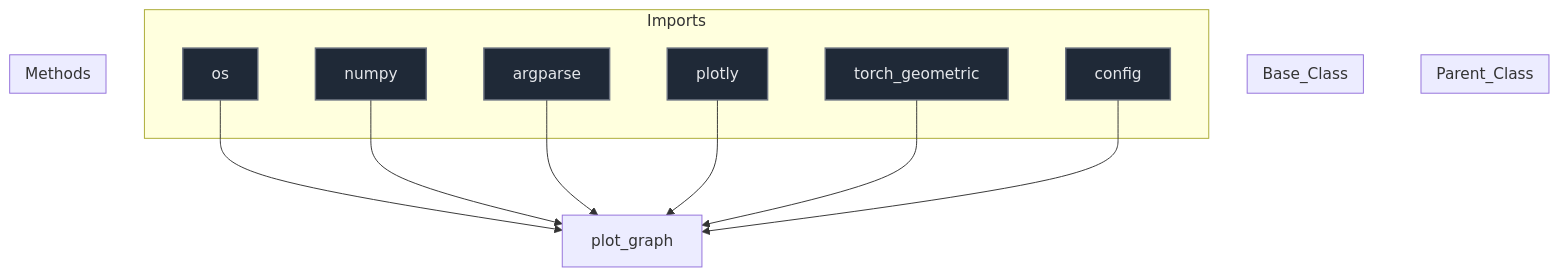
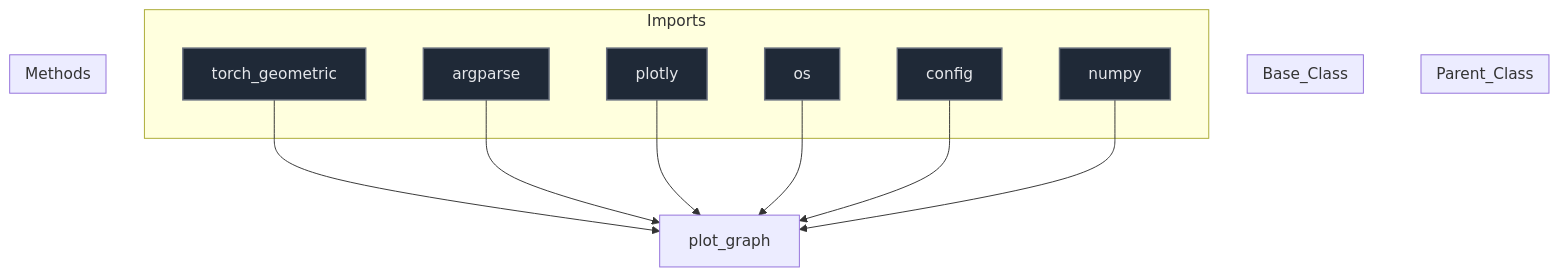
The diagram in docs/diagrams/plot_graph_diagram.md (mllam/neural-lam), drawn with Mermaid before and after one commit. The commit also changed 19 other files, not shown here.

Commit message:
Auto-update Mermaid diagrams

````diff
--- a/docs/diagrams/plot_graph_diagram.md
+++ b/docs/diagrams/plot_graph_diagram.md
@@ -1,41 +1,41 @@
 ```mermaid
 %%{init: {'flowchart': {'nodeSpacing': 60, 'rankSpacing': 80}}}%%
 flowchart TD
 
 module["plot_graph"]
 
 subgraph Parent_Class
 end
 
 subgraph Base_Class
 end
 
 
 subgraph Imports
-    os["os"]
-    numpy["numpy"]
+    torch_geometric["torch_geometric"]
     argparse["argparse"]
     plotly["plotly"]
-    torch_geometric["torch_geometric"]
+    os["os"]
     config["config"]
+    numpy["numpy"]
 end
 
-    os --> module
-    numpy --> module
+    torch_geometric --> module
     argparse --> module
     plotly --> module
-    torch_geometric --> module
+    os --> module
     config --> module
+    numpy --> module
 
 subgraph Methods
 end
 
 
 classDef parent fill:#0f172a,stroke:#3b82f6,stroke-width:2px,color:#f1f5f9,font-size:16px
 classDef base fill:#78350f,stroke:#f59e0b,stroke-width:1px,color:#fde68a,font-size:16px
 classDef import fill:#1f2937,stroke:#6b7280,stroke-width:1.5px,color:#e5e7eb,font-size:16px
 classDef method fill:#2d043f,stroke:#7c3aed,stroke-width:1.5px,color:#ede9fe,font-size:16px
 classDef callNode fill:#064e3b,stroke:#10b981,stroke-width:1.5px,color:#d1fae5,font-size:16px
-class os,numpy,argparse,plotly,torch_geometric,config import
+class torch_geometric,argparse,plotly,os,config,numpy import
 
 ```
````
